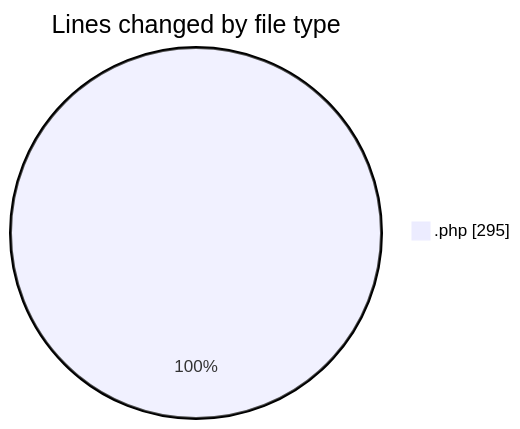
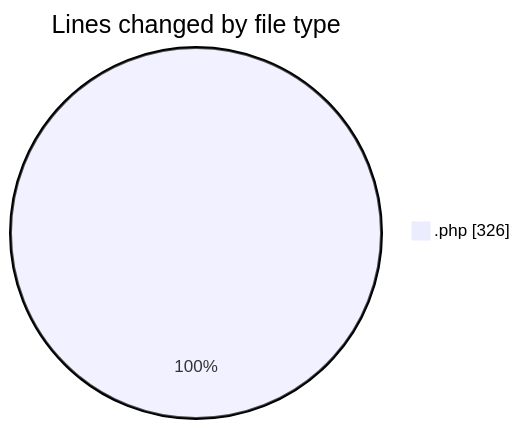
Before and after one commit to debugP/code-tracking: the first of 2 diagrams in 2026-09-15/untitled__workspace_/README.md, drawn with Mermaid. The commit also changed other lines of this file and 1 other file, not shown here.

````diff
--- a/2026-09-15/untitled__workspace_/README.md
+++ b/2026-09-15/untitled__workspace_/README.md
@@ -23,5 +23,5 @@
 ```mermaid
 pie showData
 title Lines changed by file type
-".php" : 295
+".php" : 326
 ```
````
